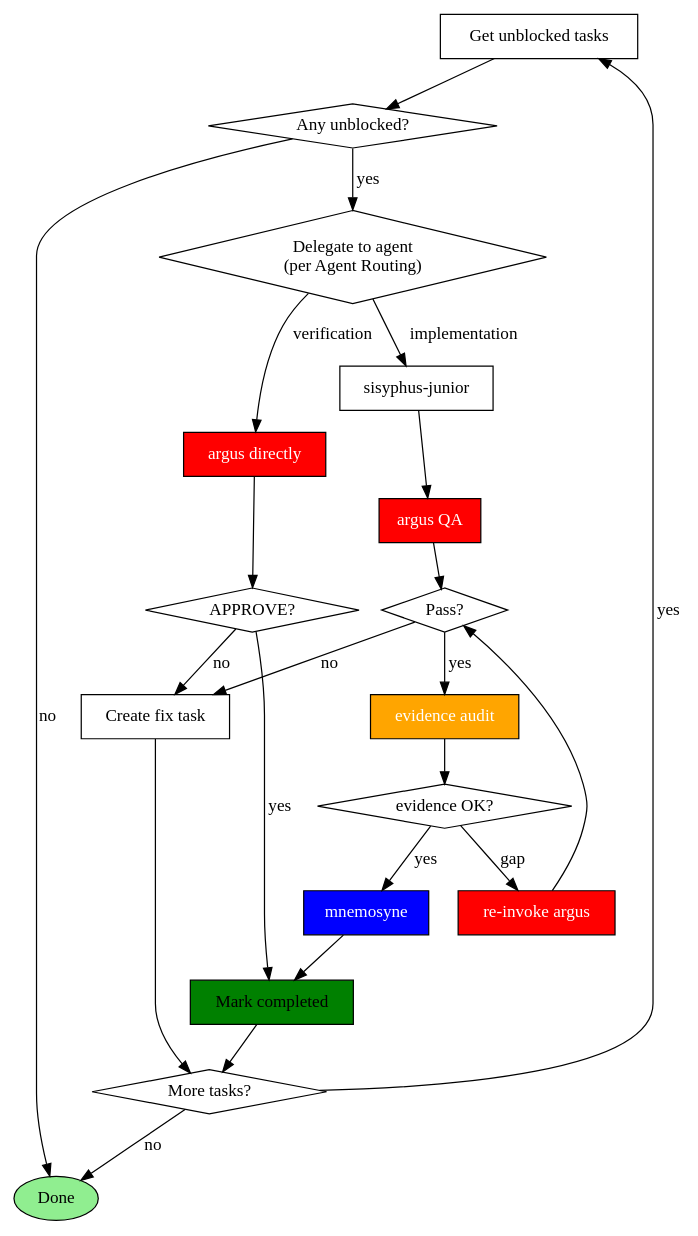
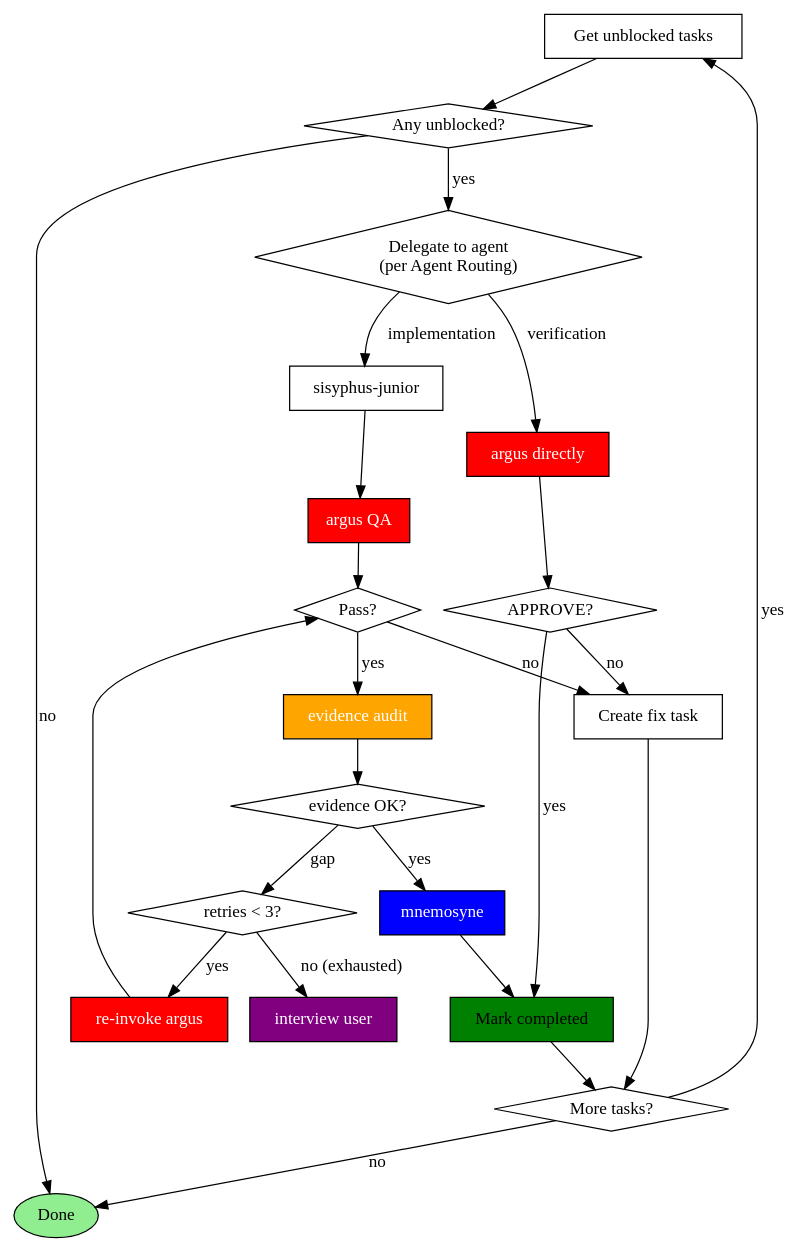
Before and after one commit to toongri/oh-my-toong-playground: the diagram in skills/sisyphus/SKILL.md, drawn with Graphviz. The commit also changed other lines of this file and 5 other files, not shown here.

````diff
--- a/skills/sisyphus/SKILL.md
+++ b/skills/sisyphus/SKILL.md
@@ -116,43 +116,47 @@
 ```dot
 digraph task_loop {
     rankdir=TB;
     "Get unblocked tasks" [shape=box];
     "Any unblocked?" [shape=diamond];
     "Delegate to agent\n(per Agent Routing)" [shape=diamond];
     "sisyphus-junior" [shape=box];
     "argus directly" [shape=box, style=filled, fillcolor=red, fontcolor=white];
     "argus QA" [shape=box, style=filled, fillcolor=red, fontcolor=white];
     "Pass?" [shape=diamond];
     "APPROVE?" [shape=diamond];
     "evidence audit" [shape=box, style=filled, fillcolor=orange, fontcolor=white];
     "evidence OK?" [shape=diamond];
     "mnemosyne" [shape=box, style=filled, fillcolor=blue, fontcolor=white];
     "Mark completed" [shape=box, style=filled, fillcolor=green];
     "Create fix task" [shape=box];
     "re-invoke argus" [shape=box, style=filled, fillcolor=red, fontcolor=white];
+    "retries < 3?" [shape=diamond];
+    "interview user" [shape=box, style=filled, fillcolor=purple, fontcolor=white];
     "More tasks?" [shape=diamond];
     "Done" [shape=ellipse, style=filled, fillcolor=lightgreen];
 
     "Get unblocked tasks" -> "Any unblocked?";
     "Any unblocked?" -> "Delegate to agent\n(per Agent Routing)" [label="yes"];
     "Any unblocked?" -> "Done" [label="no"];
     "Delegate to agent\n(per Agent Routing)" -> "sisyphus-junior" [label="implementation"];
     "Delegate to agent\n(per Agent Routing)" -> "argus directly" [label="verification"];
     "sisyphus-junior" -> "argus QA";
     "argus QA" -> "Pass?";
     "Pass?" -> "evidence audit" [label="yes"];
     "evidence audit" -> "evidence OK?";
     "evidence OK?" -> "mnemosyne" [label="yes"];
-    "evidence OK?" -> "re-invoke argus" [label="gap"];
+    "evidence OK?" -> "retries < 3?" [label="gap"];
+    "retries < 3?" -> "re-invoke argus" [label="yes"];
+    "retries < 3?" -> "interview user" [label="no (exhausted)"];
     "re-invoke argus" -> "Pass?";
     "Pass?" -> "Create fix task" [label="no"];
     "mnemosyne" -> "Mark completed";
     "argus directly" -> "APPROVE?";
     "APPROVE?" -> "Mark completed" [label="yes"];
     "APPROVE?" -> "Create fix task" [label="no"];
     "Mark completed" -> "More tasks?";
     "Create fix task" -> "More tasks?";
     "More tasks?" -> "Get unblocked tasks" [label="yes"];
     "More tasks?" -> "Done" [label="no"];
 }
 ```
````
